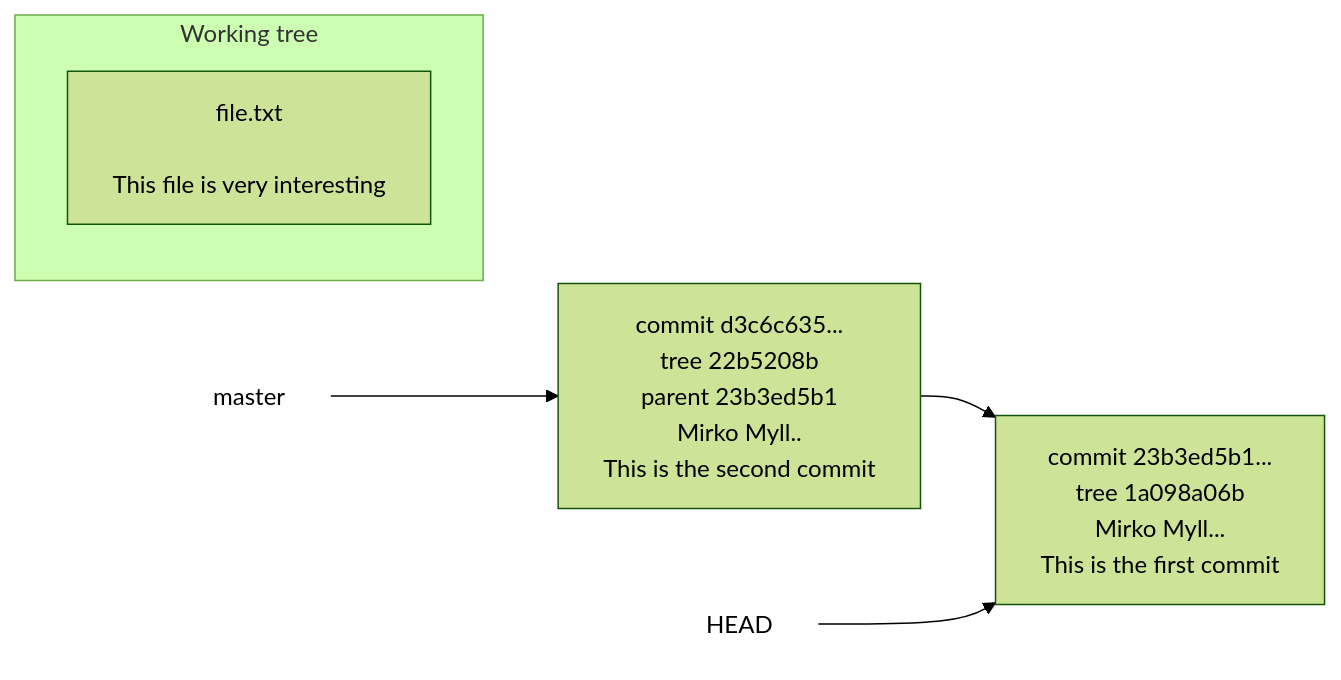
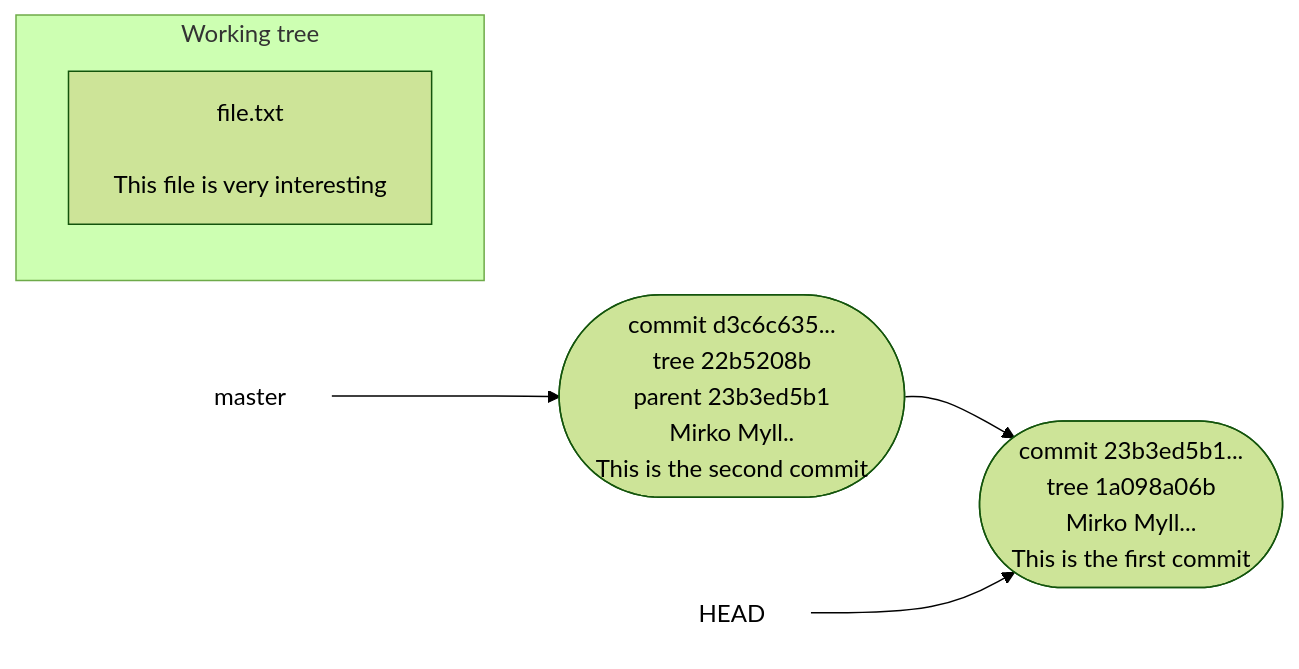
Before and after one commit to hpc2n/course-intro-git: diagram 19 of 26 in docs/basic-concepts.md, drawn with Mermaid (forest theme).

Commit message:
Adding lecture 3

````diff
--- a/docs/basic-concepts.md
+++ b/docs/basic-concepts.md
@@ -1052,16 +1052,16 @@
 ```mermaid
 graph LR
   
   head["HEAD"]
   style head fill:#ffffff,stroke:#ffffff
   master["master"]
   style master fill:#ffffff,stroke:#ffffff
   
-  master --> second_commit["commit d3c6c635...<br>tree 22b5208b<br>parent 23b3ed5b1<br>Mirko Myll..<br>This is the second commit"] --> first_commit["commit 23b3ed5b1...<br>tree 1a098a06b<br>Mirko Myll...<br>This is the first commit"]
+  master --> second_commit(["commit d3c6c635...<br>tree 22b5208b<br>parent 23b3ed5b1<br>Mirko Myll..<br>This is the second commit"]) --> first_commit(["commit 23b3ed5b1...<br>tree 1a098a06b<br>Mirko Myll...<br>This is the first commit"])
   
   head --> first_commit 
   
   subgraph cluster_working_tree["Working tree"]
     cluster_file["file.txt<br><br>This file is very interesting"]
   end
 ```
````
